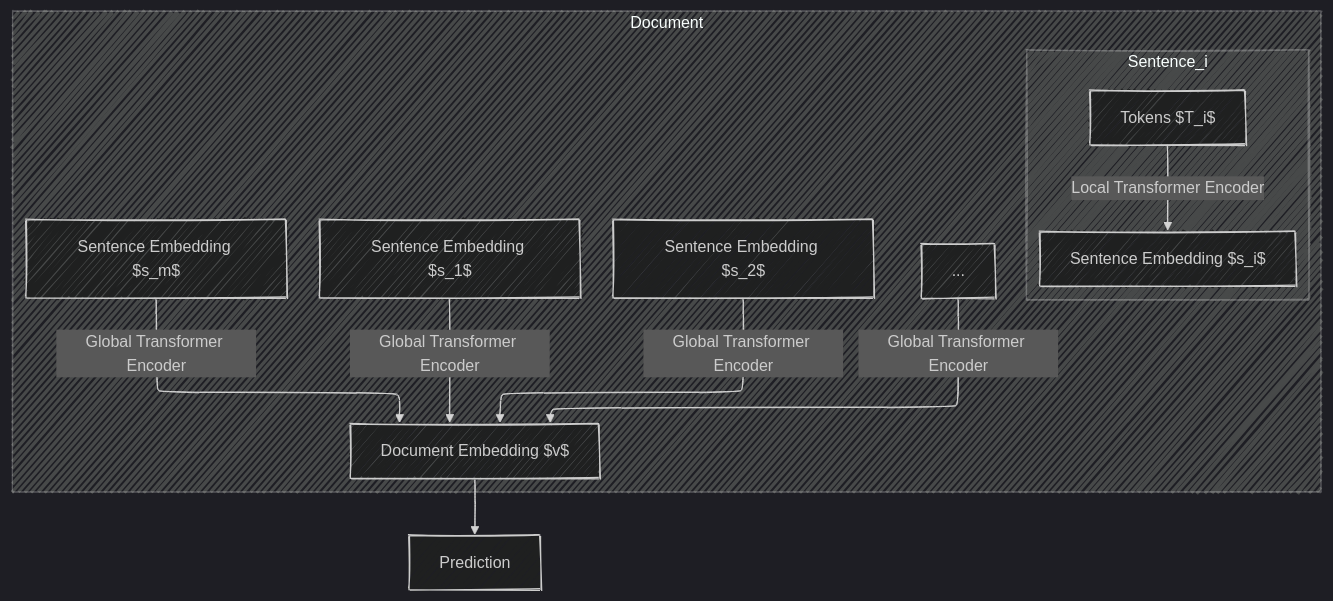
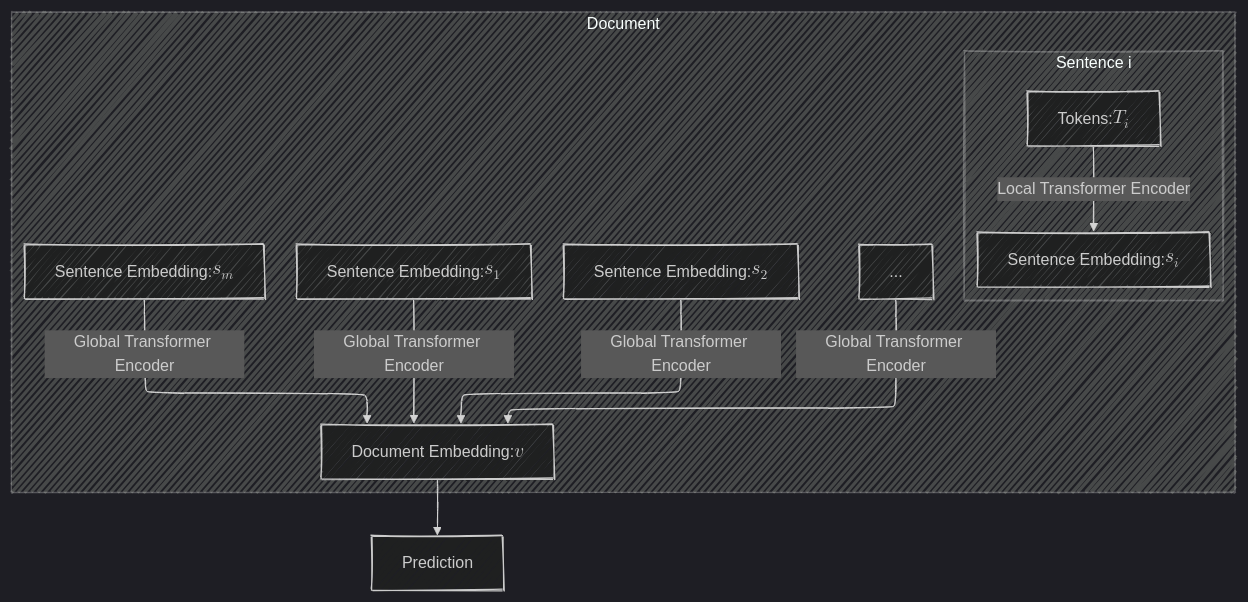
The third of 3 diagrams in The_Golden_Nugget/Hierarchical_Encoding_in_NLP.md (CongLeSolutionX/AlgoVerse), drawn with Mermaid before and after one commit. The commit also changed other lines of this file, not shown here.

````diff
--- a/The_Golden_Nugget/Hierarchical_Encoding_in_NLP.md
+++ b/The_Golden_Nugget/Hierarchical_Encoding_in_NLP.md
@@ -257,20 +271,30 @@
 ```mermaid
 ---
 config:
   layout: elk
   look: handDrawn
   theme: dark
 ---
 flowchart TD
+    Tokens_i["Tokens: $$T_i$$"];
+    s_i["Sentence Embedding: $$s_i$$"];
+
+    s_1["Sentence Embedding: $$s_1$$"];
+    s_2["Sentence Embedding: $$s_2$$"];
+    s_m["Sentence Embedding: $$s_m$$"];
+    v["Document Embedding: $$v$$"];
+    Output["Prediction"];
+
+
     subgraph Document
-        subgraph Sentence_i
-            Tokens_i[Tokens $T_i$] --> |Local Transformer Encoder| s_i[Sentence Embedding $s_i$]
+        subgraph Sentence_i["Sentence i"]
+            Tokens_i --> |Local Transformer Encoder| s_i
         end
-        s_1[Sentence Embedding $s_1$]
-        s_2[Sentence Embedding $s_2$]
+        s_1
+        s_2
         ...
-        s_m[Sentence Embedding $s_m$]
-        s_1 & s_2 & ... & s_m --> |Global Transformer Encoder| v[Document Embedding $v$]
+        s_m
+        s_1 & s_2 & ... & s_m --> |Global Transformer Encoder| v
     end
-    v --> Output[Prediction]
+    v --> Output
 ```
````
